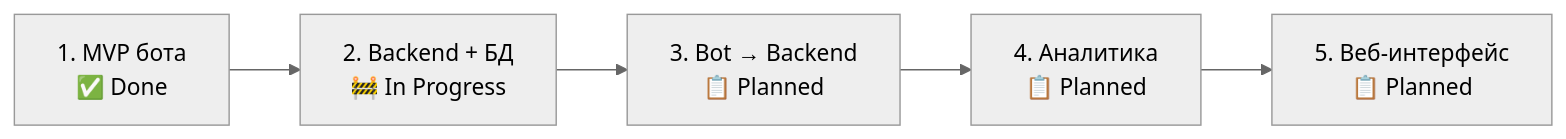
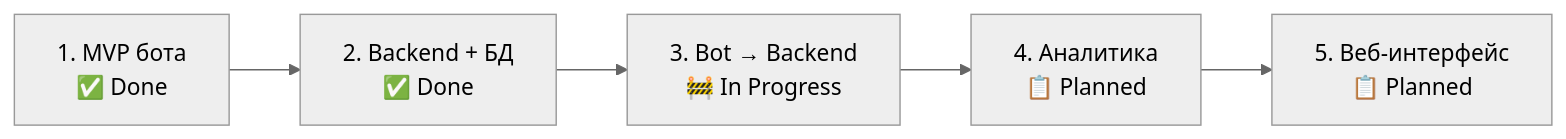
One commit to zatulik2606/diaai changed the diagram in docs/plan.md. Above: the diagram before and after it, drawn with Mermaid (neutral theme). The commit also changed other lines of this file and 69 other files, not shown here.

````diff
--- a/docs/plan.md
+++ b/docs/plan.md
@@ -35,10 +35,10 @@
 ```mermaid
 flowchart LR
     E1["1. MVP бота\n✅ Done"]
-    E2["2. Backend + БД\n🚧 In Progress"]
-    E3["3. Bot → Backend\n📋 Planned"]
+    E2["2. Backend + БД\n✅ Done"]
+    E3["3. Bot → Backend\n🚧 In Progress"]
     E4["4. Аналитика\n📋 Planned"]
     E5["5. Веб-интерфейс\n📋 Planned"]
 
     E1 --> E2 --> E3 --> E4 --> E5
 ```
````
